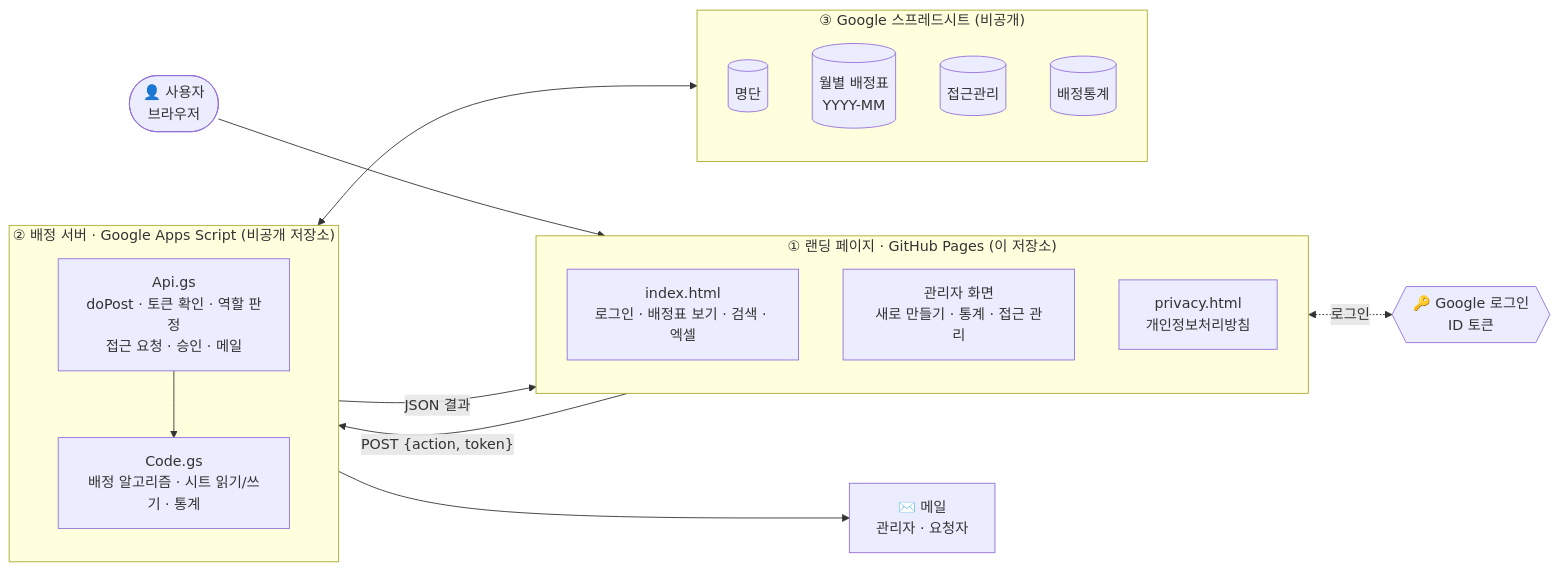
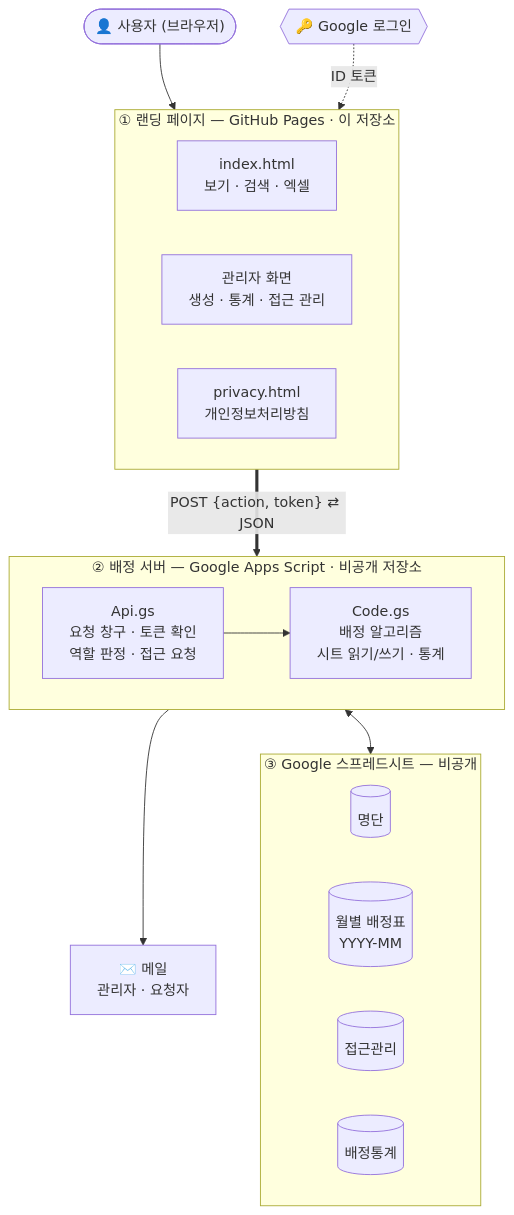
One commit to GunhoJin/amsa-liturgy changed the first of 3 diagrams in README.md. Above: the diagram before and after it, drawn with Mermaid.

Commit message:
README: vertical layout for structure diagram

````diff
--- a/README.md
+++ b/README.md
@@ -9,37 +9,35 @@
 ```mermaid
-flowchart LR
-    U(["👤 사용자<br/>브라우저"])
+flowchart TB
+    U(["👤 사용자 (브라우저)"])
+    G{{"🔑 Google 로그인"}}
 
-    subgraph L["① 랜딩 페이지 · GitHub Pages (이 저장소)"]
-        direction TB
-        L1["index.html<br/>로그인 · 배정표 보기 · 검색 · 엑셀"]
-        L2["관리자 화면<br/>새로 만들기 · 통계 · 접근 관리"]
+    subgraph L["① 랜딩 페이지 — GitHub Pages · 이 저장소"]
+        direction LR
+        L1["index.html<br/>보기 · 검색 · 엑셀"]
+        L2["관리자 화면<br/>생성 · 통계 · 접근 관리"]
         L3["privacy.html<br/>개인정보처리방침"]
     end
 
-    G{{"🔑 Google 로그인<br/>ID 토큰"}}
-
-    subgraph S["② 배정 서버 · Google Apps Script (비공개 저장소)"]
-        direction TB
-        S1["Api.gs<br/>doPost · 토큰 확인 · 역할 판정<br/>접근 요청 · 승인 · 메일"]
-        S2["Code.gs<br/>배정 알고리즘 · 시트 읽기/쓰기 · 통계"]
+    subgraph S["② 배정 서버 — Google Apps Script · 비공개 저장소"]
+        direction LR
+        S1["Api.gs<br/>요청 창구 · 토큰 확인<br/>역할 판정 · 접근 요청"]
+        S2["Code.gs<br/>배정 알고리즘<br/>시트 읽기/쓰기 · 통계"]
         S1 --> S2
     end
 
-    subgraph D["③ Google 스프레드시트 (비공개)"]
-        direction TB
+    M["✉️ 메일<br/>관리자 · 요청자"]
+
+    subgraph D["③ Google 스프레드시트 — 비공개"]
+        direction LR
         D1[("명단")]
         D2[("월별 배정표<br/>YYYY-MM")]
         D3[("접근관리")]
         D4[("배정통계")]
     end
 
-    M["✉️ 메일<br/>관리자 · 요청자"]
-
     U --> L
-    L <-. 로그인 .-> G
-    L -- "POST {action, token}" --> S1
-    S1 -- "JSON 결과" --> L
-    S2 <--> D
+    G -. ID 토큰 .-> L
+    L == "POST {action, token} ⇄ JSON" ==> S
     S1 --> M
+    S <--> D
 ```
````
